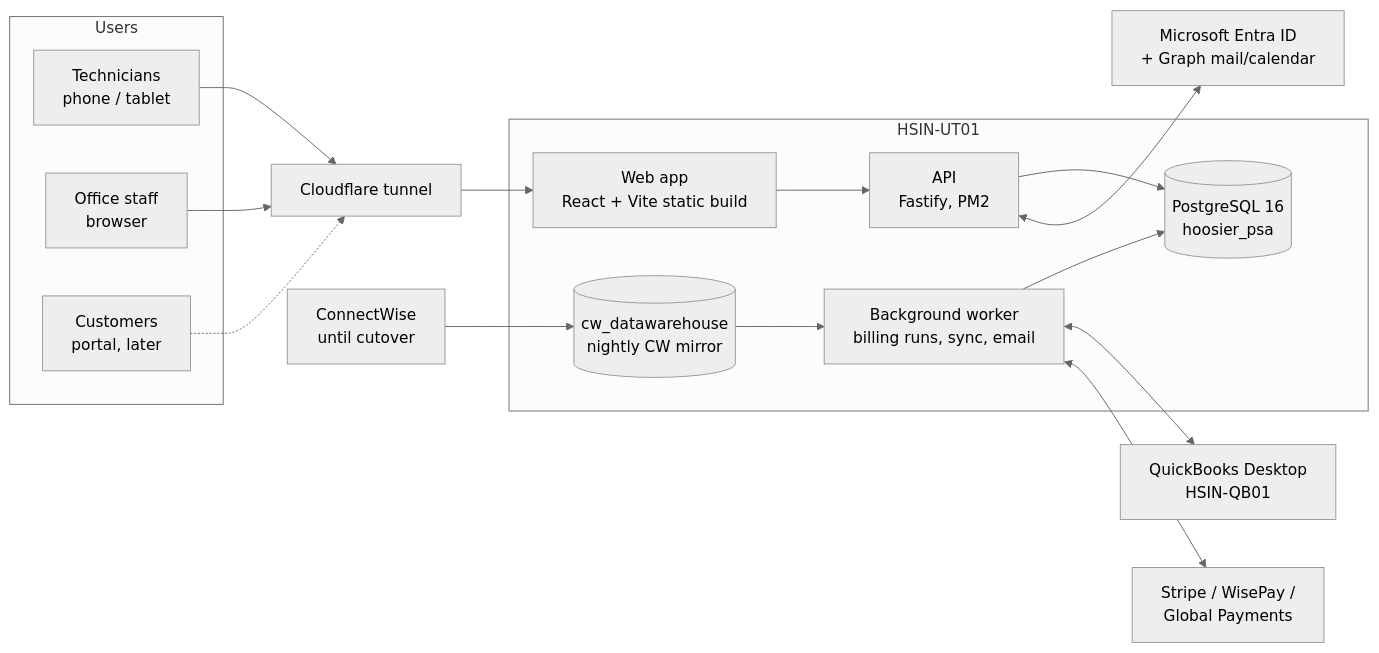
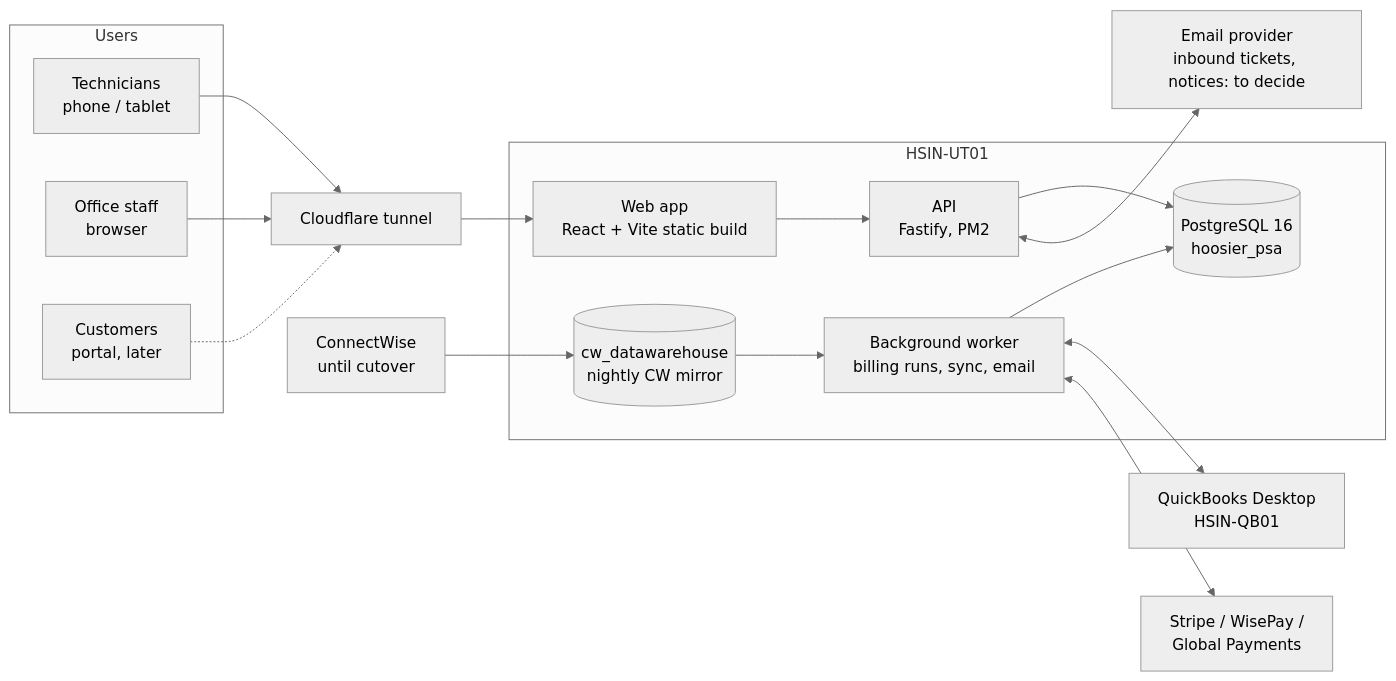
The diagram in docs/02-architecture.md (jake-s-Hoosier/hoosier-psa), drawn with Mermaid (neutral theme) before and after one commit. The commit also changed 40 other files, not shown here.

````diff
--- a/docs/02-architecture.md
+++ b/docs/02-architecture.md
@@ -5,30 +5,30 @@
 ```mermaid
 flowchart LR
   subgraph Users
     T[Technicians<br/>phone / tablet]
     O[Office staff<br/>browser]
     C[Customers<br/>portal, later]
   end
   subgraph HSIN-UT01
     W[Web app<br/>React + Vite static build]
     A[API<br/>Fastify, PM2]
     J[Background worker<br/>billing runs, sync, email]
     DB[(PostgreSQL 16<br/>hoosier_psa)]
     MIR[(cw_datawarehouse<br/>nightly CW mirror)]
   end
   CF[Cloudflare tunnel]
   QB[QuickBooks Desktop<br/>HSIN-QB01]
-  ENTRA[Microsoft Entra ID<br/>+ Graph mail/calendar]
+  MAIL[Email provider<br/>inbound tickets, notices: to decide]
   PAY[Stripe / WisePay /<br/>Global Payments]
   CW[ConnectWise<br/>until cutover]
 
   T --> CF --> W
   O --> CF
   C -.-> CF
   W --> A --> DB
   J --> DB
-  A <--> ENTRA
+  A <--> MAIL
   J <--> QB
   J <--> PAY
   CW --> MIR --> J
 ```
````
